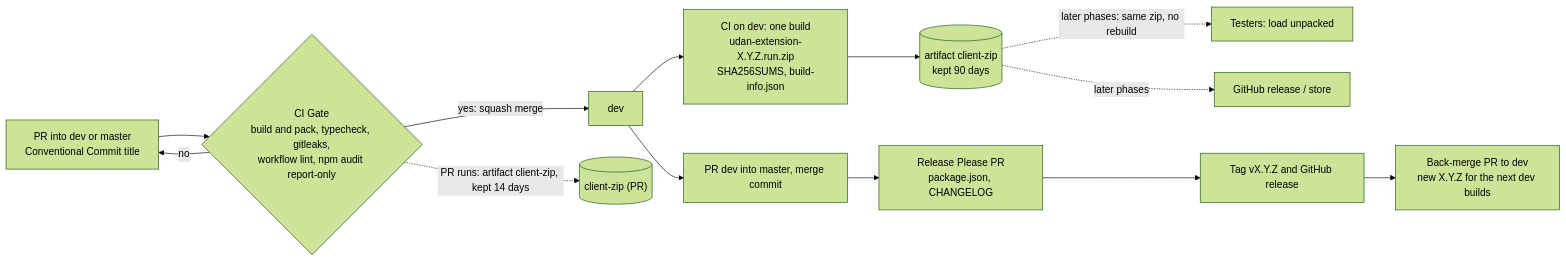
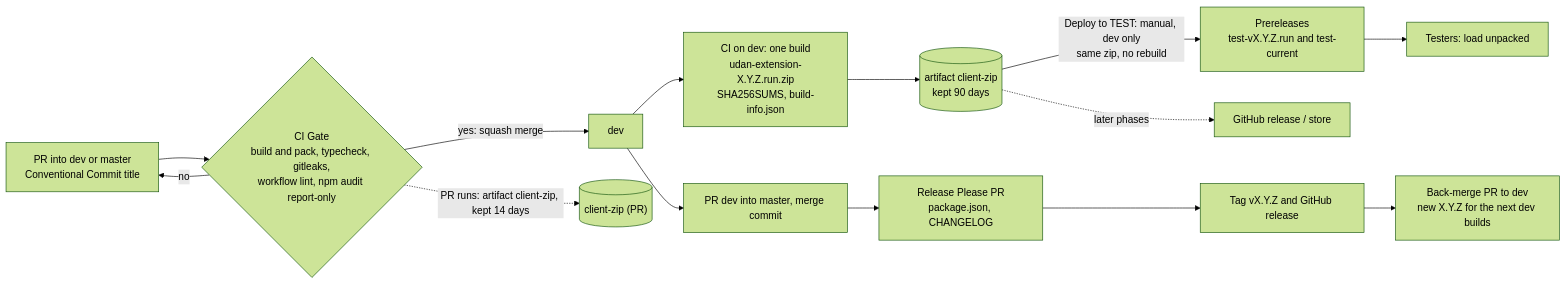
One commit to Digital-Assistant/Digital_Assistant_Client changed the diagram in README.md. Above: the diagram before and after it, drawn with Mermaid (forest theme). The commit also changed other lines of this file and 35 other files, not shown here.

First line of the commit message:
ci: add Deploy to TEST (tester prereleases) and stop committing dist/

````diff
--- a/README.md
+++ b/README.md
@@ -55,15 +55,16 @@
 ```mermaid
 flowchart LR
     PR["PR into dev or master<br/>Conventional Commit title"] --> CI{"CI Gate<br/>build and pack, typecheck, gitleaks,<br/>workflow lint, npm audit report-only"}
     CI -- no --> PR
     CI -- "yes: squash merge" --> DEV["dev"]
     CI -. "PR runs: artifact client-zip, kept 14 days" .-> PZIP[("client-zip (PR)")]
     DEV --> BUILD["CI on dev: one build<br/>udan-extension-X.Y.Z.run.zip<br/>SHA256SUMS, build-info.json"]
     BUILD --> ZIP[("artifact client-zip<br/>kept 90 days")]
-    ZIP -. "later phases: same zip, no rebuild" .-> TESTERS["Testers: load unpacked"]
+    ZIP -- "Deploy to TEST: manual, dev only<br/>same zip, no rebuild" --> PRE["Prereleases<br/>test-vX.Y.Z.run and test-current"]
+    PRE --> TESTERS["Testers: load unpacked"]
     ZIP -. "later phases" .-> PROD["GitHub release / store"]
     DEV --> REL["PR dev into master, merge commit"]
     REL --> RP["Release Please PR<br/>package.json, CHANGELOG"]
     RP --> TAG["Tag vX.Y.Z and GitHub release"]
     TAG --> BM["Back-merge PR to dev<br/>new X.Y.Z for the next dev builds"]
 ```
````
